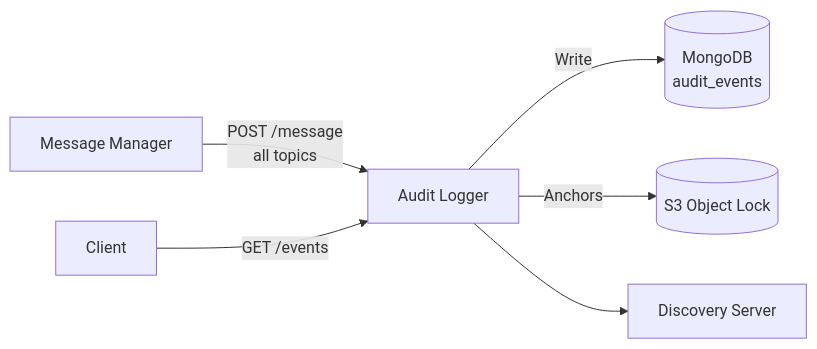
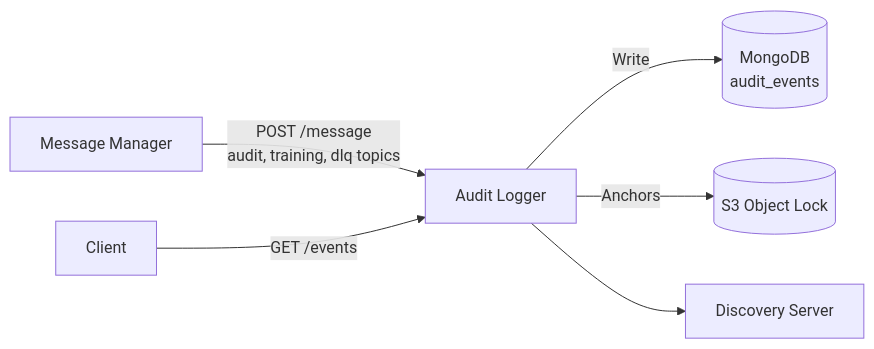
Before and after one commit to docteur-turboss/trading-model: the diagram in services/audit-logger/ARCHITECTURE.md, drawn with Mermaid. The commit also changed other lines of this file and 21 other files, not shown here.

Commit message:
:zap:(audit-logger): stop chaining raw market data events, MySQL keeps them (ADR-0027)

````diff
--- a/services/audit-logger/ARCHITECTURE.md
+++ b/services/audit-logger/ARCHITECTURE.md
@@ -9,8 +9,8 @@
 ```mermaid
 graph LR
-    MM["Message Manager"] -->|POST /message<br/>all topics| AL["Audit Logger"]
+    MM["Message Manager"] -->|POST /message<br/>audit, training, dlq topics| AL["Audit Logger"]
     AL -->|Write| MDB[("MongoDB<br/>audit_events")]
     AL -->|Anchors| S3[("S3 Object Lock")]
     API["Client"] -->|GET /events| AL
     AL --> DS["Discovery Server"]
 ```
````
